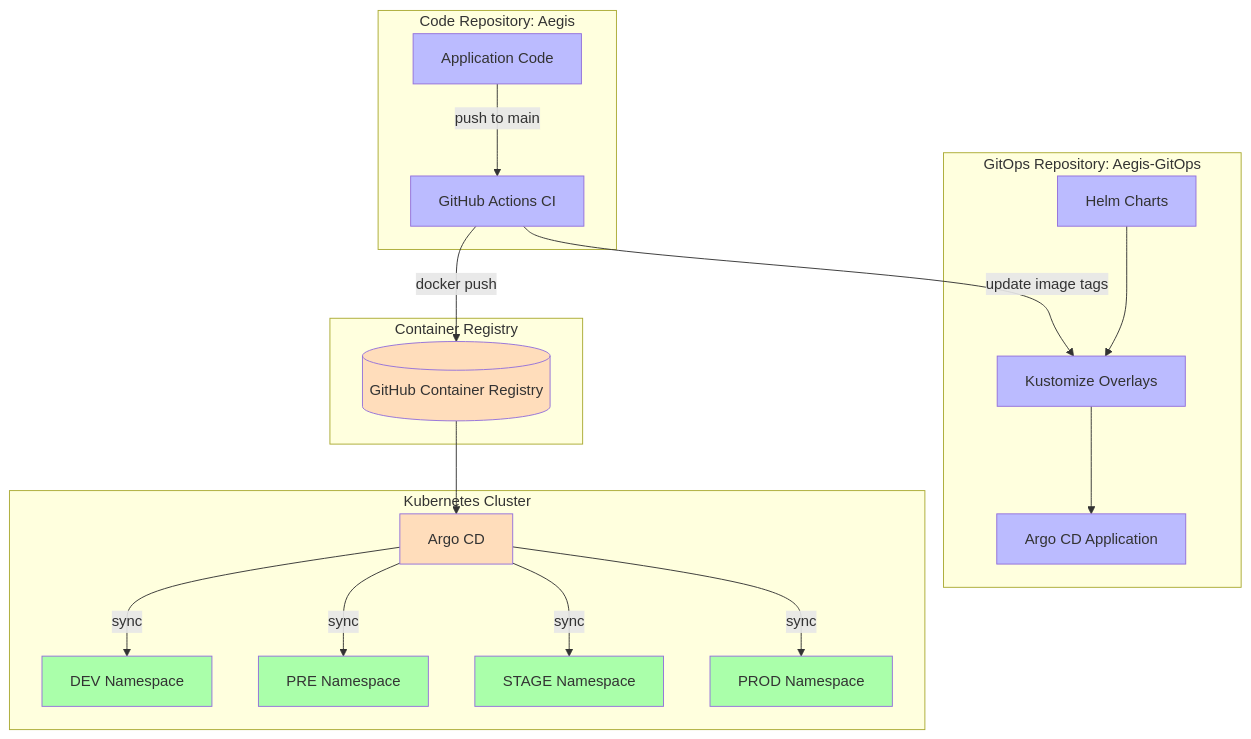
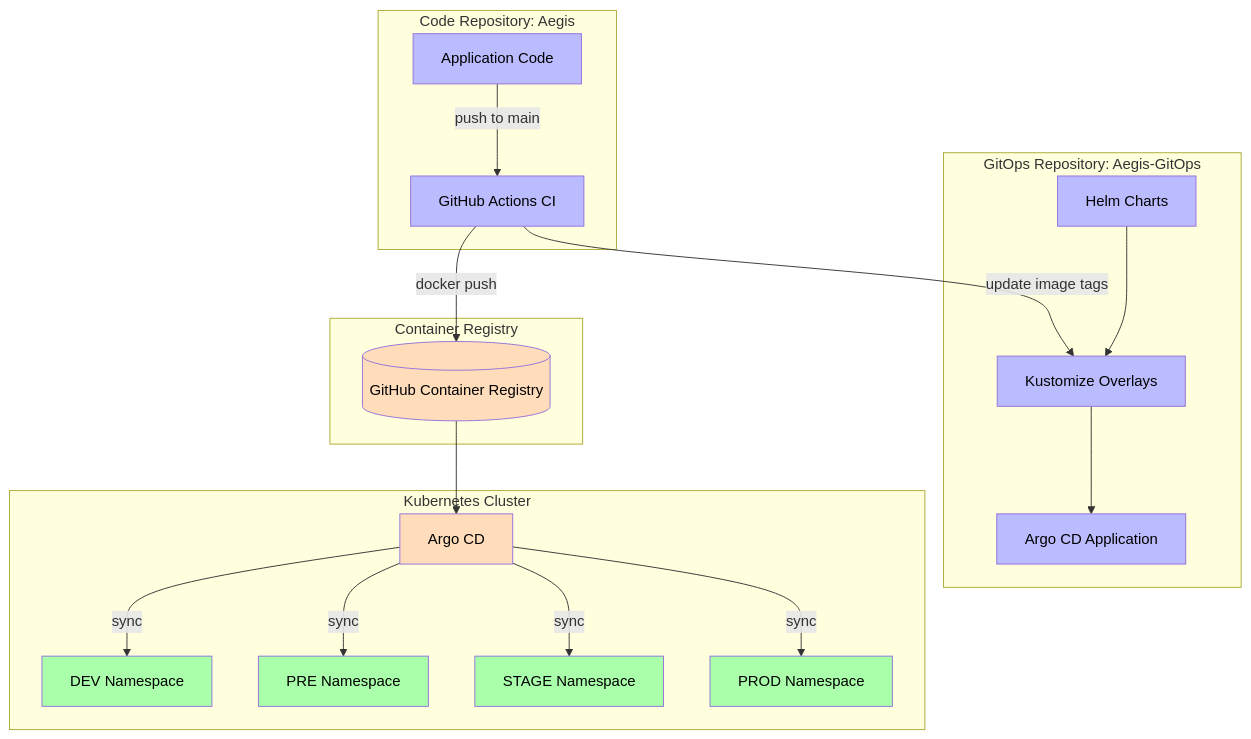
The first of 3 diagrams in README.md (AlexAlvarezGallardo-GitHub/Aegis-GitOps), drawn with Mermaid before and after one commit. The commit also changed other lines of this file, not shown here.

Commit message:
docs: add color to mermaid nodes for dark mode readability

````diff
--- a/README.md
+++ b/README.md
@@ -7,48 +7,48 @@
 ```mermaid
 graph TB
     subgraph AppRepo[Code Repository: Aegis]
         AppCode[Application Code]
         CI[GitHub Actions CI]
     end
 
     subgraph Registry[Container Registry]
         GHCR[(GitHub Container Registry)]
     end
 
     subgraph GitOpsRepo[GitOps Repository: Aegis-GitOps]
         Charts[Helm Charts]
         Overlays[Kustomize Overlays]
         ArgoApp[Argo CD Application]
     end
 
     subgraph Cluster[Kubernetes Cluster]
         ArgoCD[Argo CD]
         DEV[DEV Namespace]
         PRE[PRE Namespace]
         STAGE[STAGE Namespace]
         PROD[PROD Namespace]
     end
 
     AppCode -->|push to main| CI
     CI -->|docker push| GHCR
     CI -->|update image tags| Overlays
     GHCR --> ArgoCD
     Charts --> Overlays
     Overlays --> ArgoApp
     ArgoCD -->|sync| DEV
     ArgoCD -->|sync| PRE
     ArgoCD -->|sync| STAGE
     ArgoCD -->|sync| PROD
 
-    style AppCode fill:#bbf
-    style CI fill:#bbf
-    style GHCR fill:#fdb
-    style Charts fill:#bbf
-    style Overlays fill:#bbf
-    style ArgoApp fill:#bbf
-    style ArgoCD fill:#fdb
-    style DEV fill:#afa
-    style PRE fill:#afa
-    style STAGE fill:#afa
-    style PROD fill:#afa
+    style AppCode fill:#bbf,color:#000
+    style CI fill:#bbf,color:#000
+    style GHCR fill:#fdb,color:#000
+    style Charts fill:#bbf,color:#000
+    style Overlays fill:#bbf,color:#000
+    style ArgoApp fill:#bbf,color:#000
+    style ArgoCD fill:#fdb,color:#000
+    style DEV fill:#afa,color:#000
+    style PRE fill:#afa,color:#000
+    style STAGE fill:#afa,color:#000
+    style PROD fill:#afa,color:#000
 ```
````
